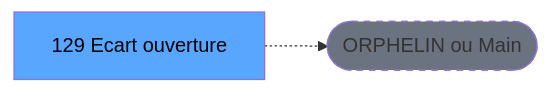
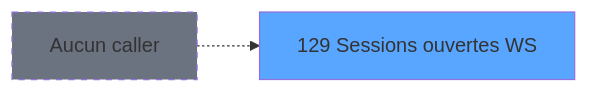
One commit to thonyAGP/magic-migration changed the second of 3 diagrams in .openspec/specs/ADH-IDE-129.md. Above: the diagram before and after it, drawn with Mermaid. The commit also changed other lines of this file and 311 other files, not shown here.

````diff
--- a/.openspec/specs/ADH-IDE-129.md
+++ b/.openspec/specs/ADH-IDE-129.md
@@ -128,8 +146,8 @@
 ```mermaid
 graph LR
-    T[129 Ecart ouverture]
-    ORPHAN([ORPHELIN ou Main])
-    T -.-> ORPHAN
-    style T fill:#58a6ff,color:#000
-    style ORPHAN fill:#6b7280,stroke-dasharray: 5 5
+    T129[129 Sessions ouvertes WS]
+    style T129 fill:#58a6ff
+    NONE[Aucun caller]
+    NONE -.-> T129
+    style NONE fill:#6b7280,stroke-dasharray: 5 5
 ```
````
